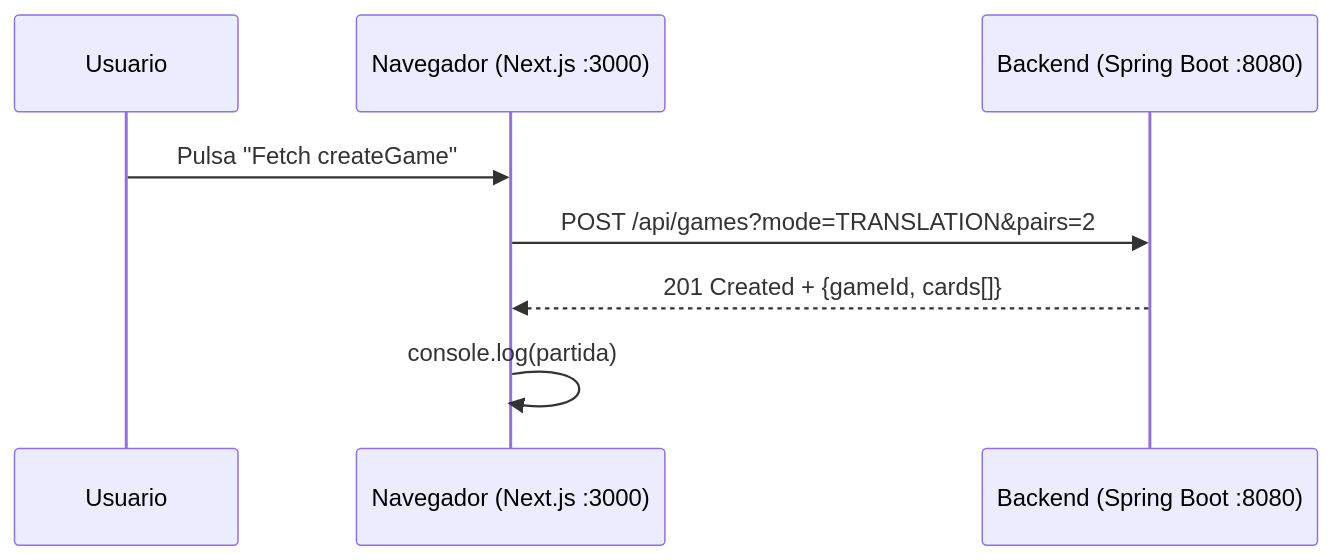
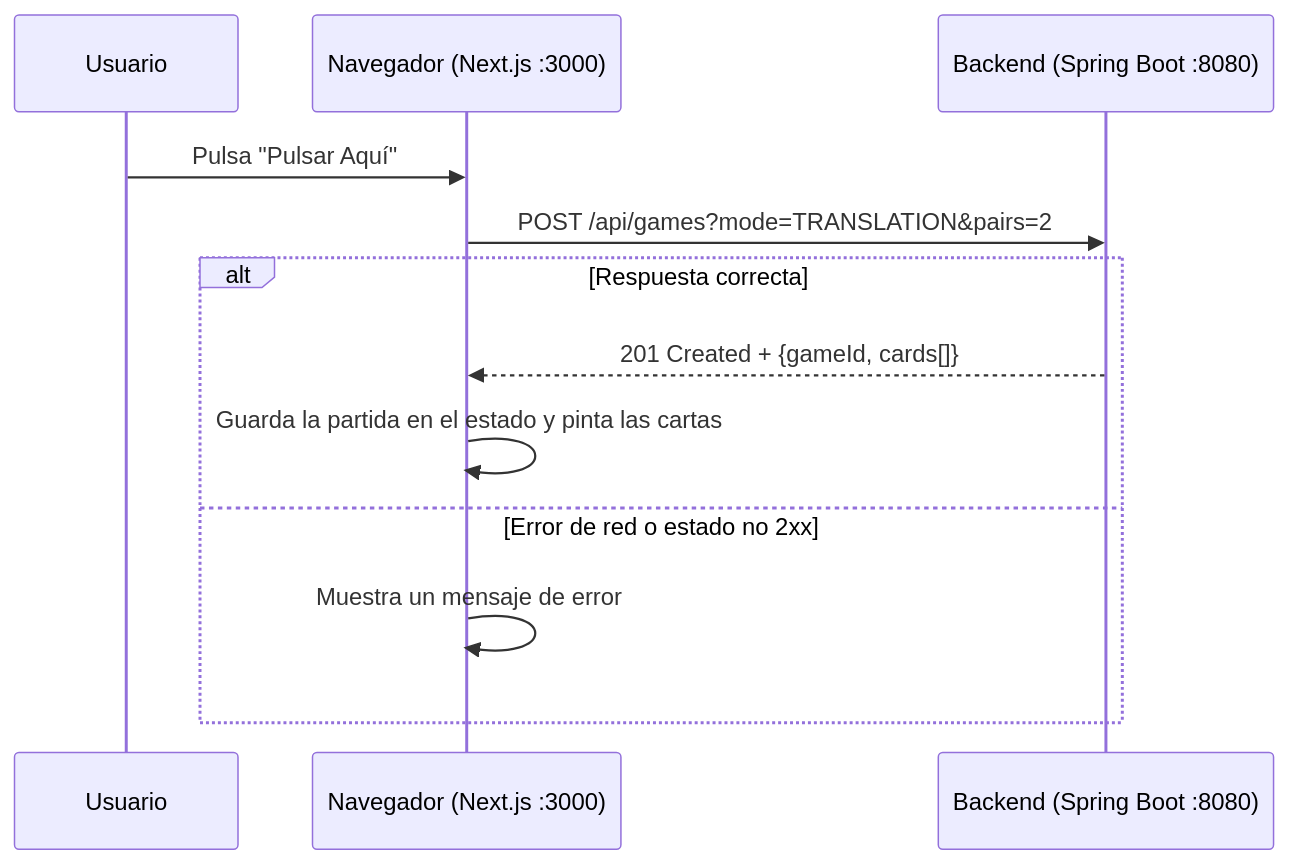
One commit to BryanDZV/PhrasalVerb_FrontEnd changed the second of 3 diagrams in README.md. Above: the diagram before and after it, drawn with Mermaid. The commit also changed other lines of this file, not shown here.

Commit message:
docs: update README with CORS and game board

````diff
--- a/README.md
+++ b/README.md
@@ -99,10 +108,14 @@
 ```mermaid
 sequenceDiagram
     participant U as Usuario
     participant F as Navegador (Next.js :3000)
     participant B as Backend (Spring Boot :8080)
-    U->>F: Pulsa "Fetch createGame"
+    U->>F: Pulsa "Pulsar Aquí"
     F->>B: POST /api/games?mode=TRANSLATION&pairs=2
-    B-->>F: 201 Created + {gameId, cards[]}
-    F->>F: console.log(partida)
+    alt Respuesta correcta
+        B-->>F: 201 Created + {gameId, cards[]}
+        F->>F: Guarda la partida en el estado y pinta las cartas
+    else Error de red o estado no 2xx
+        F->>F: Muestra un mensaje de error
+    end
 ```
````
